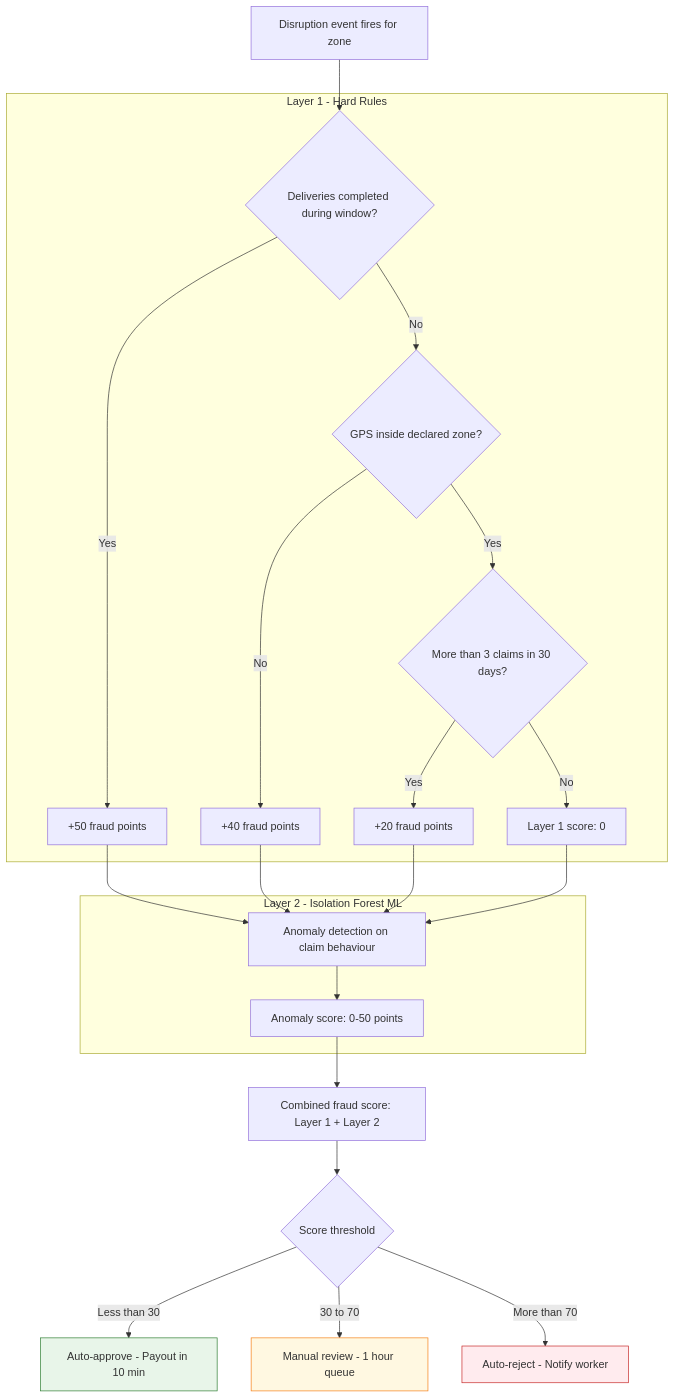
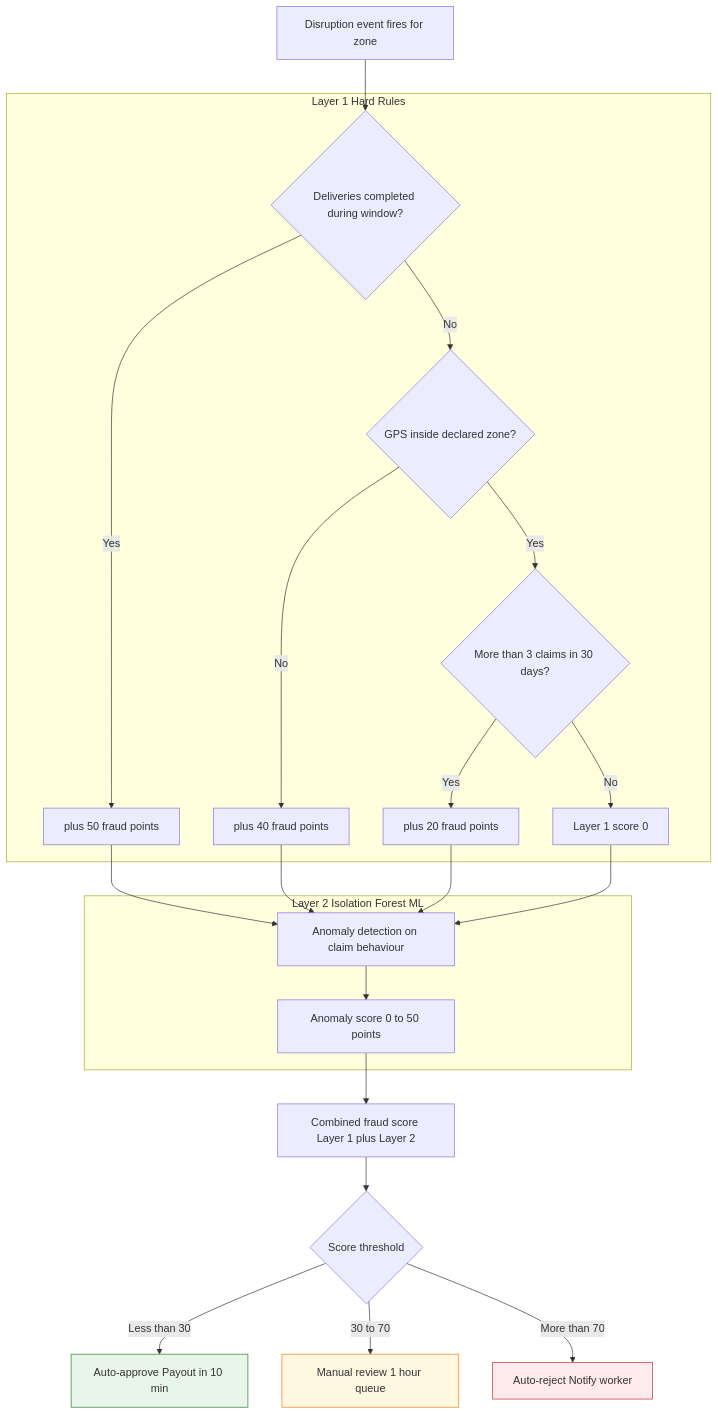
Before and after one commit to Ryuga-Mvp/GigShield: the fifth of 6 diagrams in README.md, drawn with Mermaid. The commit also changed other lines of this file, not shown here.

````diff
--- a/README.md
+++ b/README.md
@@ -266,35 +275,33 @@
 ```mermaid
 flowchart TD
-    A[Disruption event fires for zone] --> B
+    A[Disruption event fires for zone] --> B{Deliveries completed during window?}
 
-    subgraph LAYER1["Layer 1 - Hard Rules"]
-        B{Deliveries completed during window?}
-        B -- Yes --> X1[+50 fraud points]
-        B -- No --> C
-
-        C{GPS inside declared zone?}
-        C -- No --> X2[+40 fraud points]
-        C -- Yes --> D
-
-        D{More than 3 claims in 30 days?}
-        D -- Yes --> X3[+20 fraud points]
-        D -- No --> E[Layer 1 score: 0]
+    subgraph LAYER1[Layer 1 Hard Rules]
+        B -- Yes --> X1[plus 50 fraud points]
+        B -- No --> C{GPS inside declared zone?}
+        C -- No --> X2[plus 40 fraud points]
+        C -- Yes --> D{More than 3 claims in 30 days?}
+        D -- Yes --> X3[plus 20 fraud points]
+        D -- No --> E[Layer 1 score 0]
     end
 
-    X1 & X2 & X3 & E --> F
+    X1 --> F
+    X2 --> F
+    X3 --> F
+    E --> F
 
-    subgraph LAYER2["Layer 2 - Isolation Forest ML"]
-        F[Anomaly detection on claim behaviour] --> G[Anomaly score: 0-50 points]
+    subgraph LAYER2[Layer 2 Isolation Forest ML]
+        F[Anomaly detection on claim behaviour] --> G[Anomaly score 0 to 50 points]
     end
 
-    G --> H[Combined fraud score: Layer 1 + Layer 2]
+    G --> H[Combined fraud score Layer 1 plus Layer 2]
 
     H --> I{Score threshold}
-    I -- Less than 30 --> J[Auto-approve - Payout in 10 min]
-    I -- 30 to 70 --> K[Manual review - 1 hour queue]
-    I -- More than 70 --> L[Auto-reject - Notify worker]
+    I -- Less than 30 --> J[Auto-approve Payout in 10 min]
+    I -- 30 to 70 --> K[Manual review 1 hour queue]
+    I -- More than 70 --> L[Auto-reject Notify worker]
 
     style J fill:#e8f5e9,stroke:#2e7d32
     style K fill:#fff8e1,stroke:#f57f17
     style L fill:#ffebee,stroke:#c62828
 ```
````
